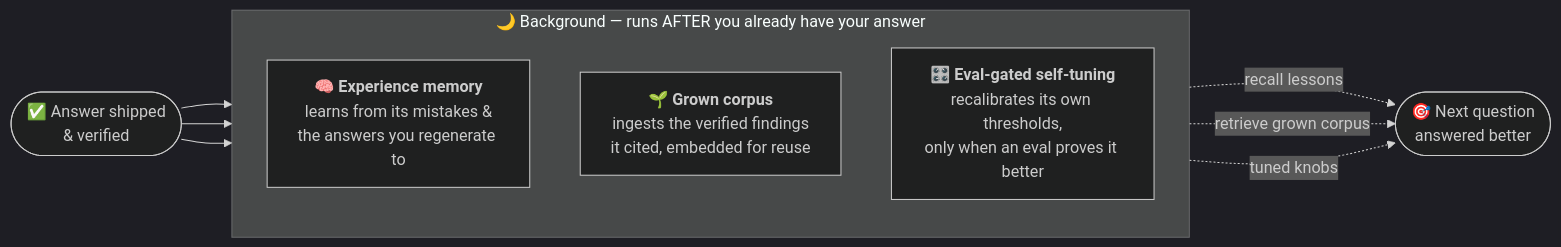
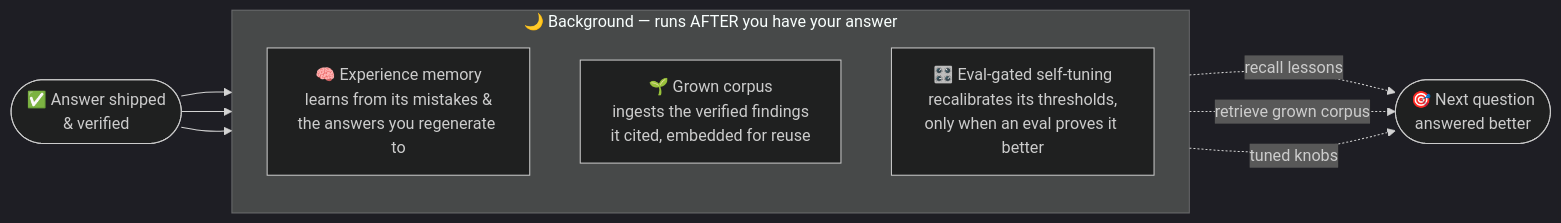
Before and after one commit to anistondeveloperteam-ANT/Audio-research-assistant: the fourth of 5 diagrams in README.md, drawn with Mermaid (dark theme). The commit also changed other lines of this file and 2 other files, not shown here.

First line of the commit message:
docs: fresh diagram-rich README + step-by-step DEPLOY guide + Dockerfile

````diff
--- a/README.md
+++ b/README.md
@@ -163,15 +207,15 @@
 ```mermaid
 flowchart LR
     A(["✅ Answer shipped<br/>& verified"]) --> P1
     A --> P2
     A --> P3
-    subgraph BG["🌙 Background — runs AFTER you already have your answer"]
+    subgraph BG["🌙 Background — runs AFTER you have your answer"]
       direction TB
-      P1["🧠 <b>Experience memory</b><br/>learns from its mistakes &amp;<br/>the answers you regenerate to"]
-      P2["🌱 <b>Grown corpus</b><br/>ingests the verified findings<br/>it cited, embedded for reuse"]
-      P3["🎛️ <b>Eval-gated self-tuning</b><br/>recalibrates its own thresholds,<br/>only when an eval proves it better"]
+      P1["🧠 Experience memory<br/>learns from its mistakes &<br/>the answers you regenerate to"]
+      P2["🌱 Grown corpus<br/>ingests the verified findings<br/>it cited, embedded for reuse"]
+      P3["🎛️ Eval-gated self-tuning<br/>recalibrates its thresholds,<br/>only when an eval proves it better"]
     end
     P1 -. "recall lessons" .-> N(["🎯 Next question<br/>answered better"])
     P2 -. "retrieve grown corpus" .-> N
     P3 -. "tuned knobs" .-> N
 ```
````
